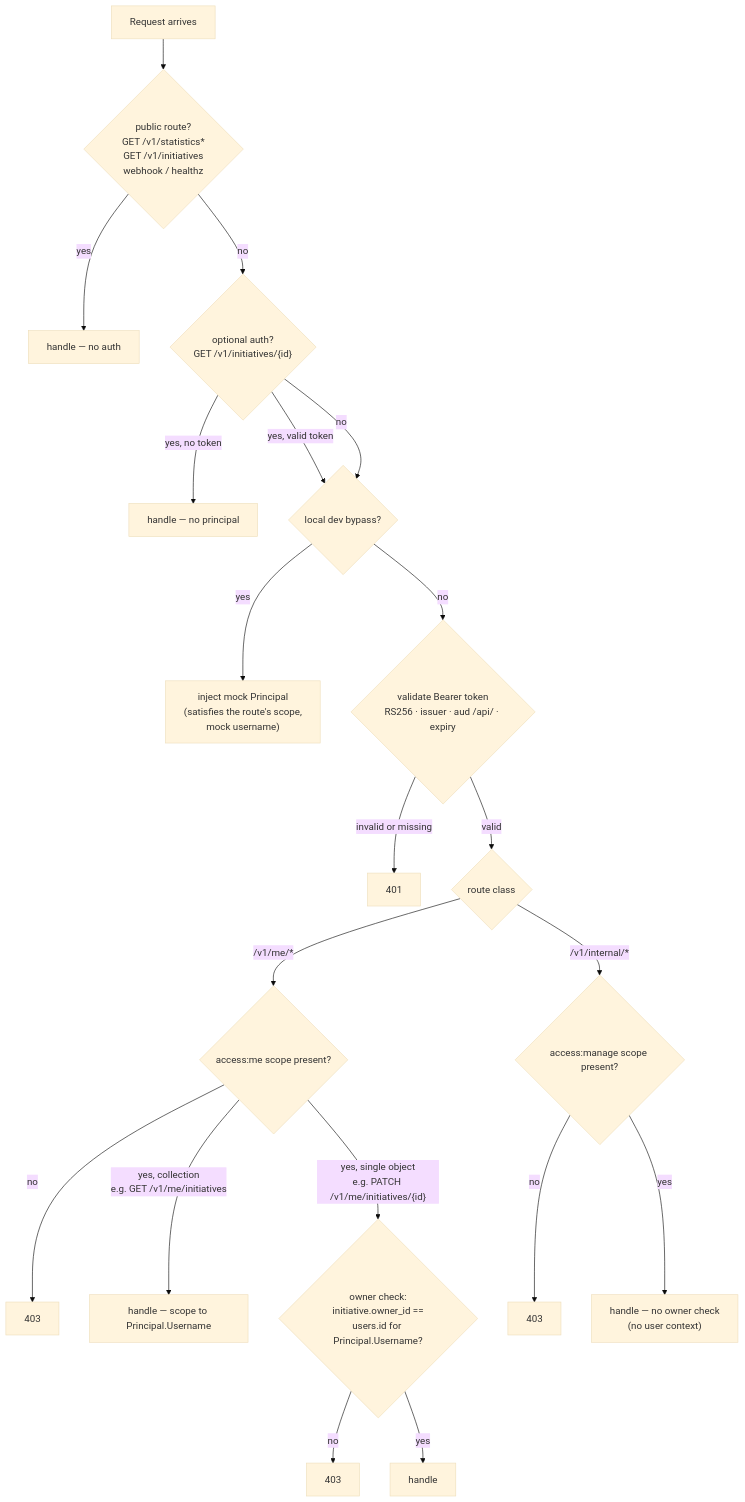
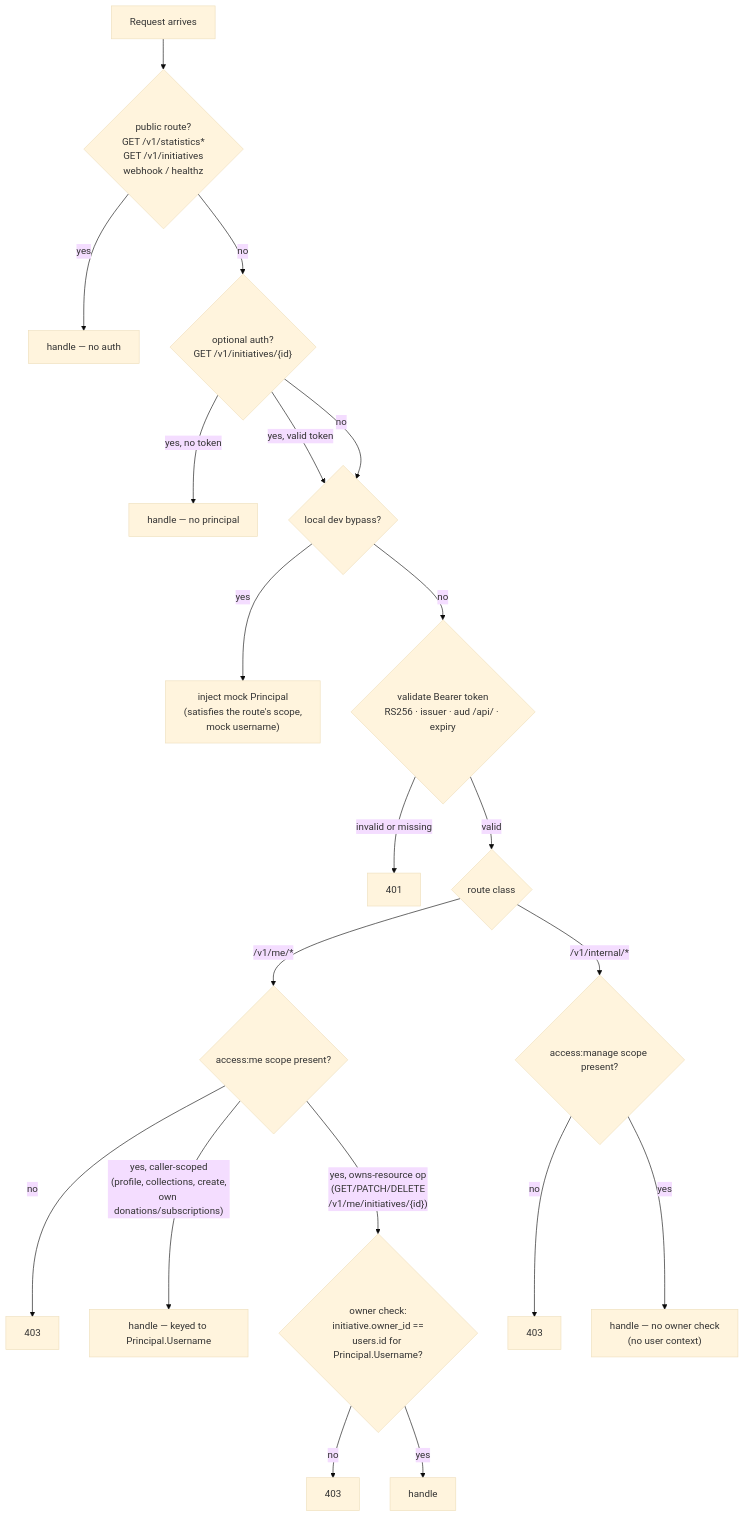
Before and after one commit to linuxfoundation/lfx-crowdfunding: the eighth of 8 diagrams in backend/docs/rewrite/09-authentication-architecture.md, drawn with Mermaid (base theme). The commit also changed other lines of this file, not shown here.

Commit message:
docs(auth): complete /v1/me route tiers + split caller-scoped vs owner-checked
Align the route table with the agreed /me-path mapping:

- Add missing routes: PATCH /v1/me (profile sync), DELETE /v1/me/subscriptions/{id},
  POST/GET /v1/me/initiatives/{id}/donations and .../subscriptions,
  POST /v1/me/initiatives (create)
- Correctly separate caller-scoped ops (operate on the caller's own data, keyed by
  username, no ownership lookup — incl. create donation/subscription) from
  owns-resource ops (initiative GET/PATCH/DELETE by id, cancel subscription) that
  need an owner check. Previously donation/subscription writes were mis-filed under
  owner check.
- Update decision-tree node labels to reflect caller-scoped vs owns-resource.

````diff
--- a/backend/docs/rewrite/09-authentication-architecture.md
+++ b/backend/docs/rewrite/09-authentication-architecture.md
@@ -300,26 +300,26 @@
 ```mermaid
 flowchart TD
     A[Request arrives] --> B{"public route?<br/>GET /v1/statistics*<br/>GET /v1/initiatives<br/>webhook / healthz"}
     B -- yes --> PUB["handle — no auth"]
     B -- no --> C{"optional auth?<br/>GET /v1/initiatives/{id}"}
     C -- "yes, no token" --> OPT["handle — no principal"]
     C -- "yes, valid token" --> D
     C -- no --> D
 
     D{"local dev bypass?"}
     D -- yes --> E["inject mock Principal<br/>(satisfies the route's scope,<br/>mock username)"]
     D -- no --> F{"validate Bearer token<br/>RS256 · issuer · aud /api/ · expiry"}
     F -- "invalid or missing" --> G[401]
     F -- valid --> H{"route class"}
 
     H -- "/v1/me/*" --> I{"access:me scope present?"}
     I -- no --> J[403]
-    I -- "yes, collection<br/>e.g. GET /v1/me/initiatives" --> K["handle — scope to Principal.Username"]
-    I -- "yes, single object<br/>e.g. PATCH /v1/me/initiatives/{id}" --> L{"owner check:<br/>initiative.owner_id ==<br/>users.id for Principal.Username?"}
+    I -- "yes, caller-scoped<br/>(profile, collections, create,<br/>own donations/subscriptions)" --> K["handle — keyed to Principal.Username"]
+    I -- "yes, owns-resource op<br/>(GET/PATCH/DELETE<br/>/v1/me/initiatives/{id})" --> L{"owner check:<br/>initiative.owner_id ==<br/>users.id for Principal.Username?"}
     L -- no --> M[403]
     L -- yes --> N[handle]
 
     H -- "/v1/internal/*" --> O{"access:manage scope present?"}
     O -- no --> P[403]
     O -- yes --> Q["handle — no owner check<br/>(no user context)"]
 ```
````
